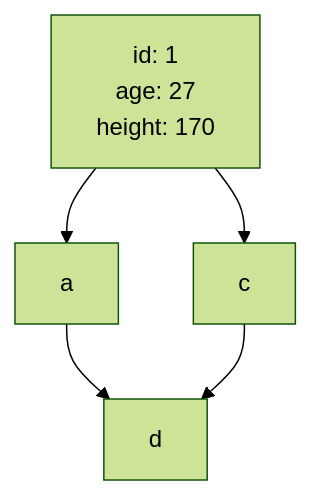
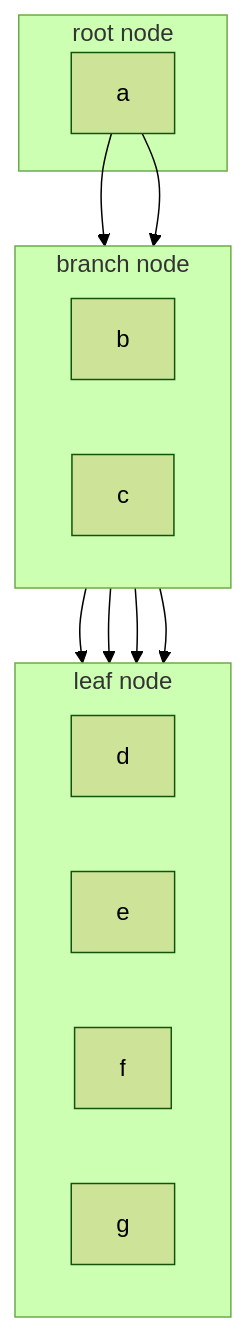
The diagram in memo.md (kunidesuyo/DB_index), drawn with Mermaid (forest theme) before and after one commit. The commit also changed other lines of this file, not shown here.

Commit message:
add graph

````diff
--- a/memo.md
+++ b/memo.md
@@ -4,9 +8,22 @@
 ```mermaid
-flowchart TD;
-  a[id: 1 \n age: 27 \n height: 170]
-    -->
-  b[a];
+graph TB;
+  subgraph root node
+    a;
+  end
+  a-->b;
   a-->c;
-  b-->d;
-  c-->d;
+  subgraph branch node
+    direction LR;
+    b;
+    c;
+  end
+  b-->d & e;
+  c-->f & g;
+  subgraph leaf node
+    direction LR;
+    d;
+    e;
+    f;
+    g;
+  end
 ```
````
